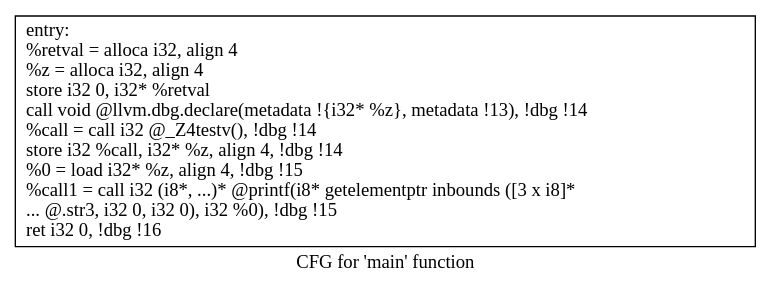
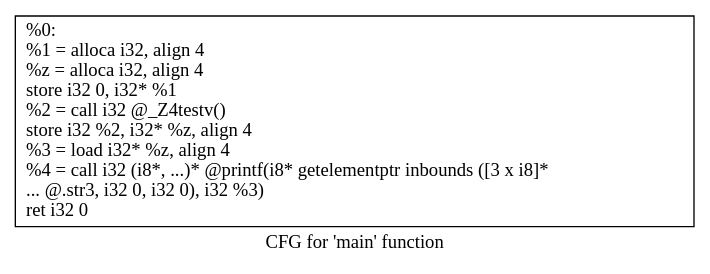
The diagram in Work/Pass/Part 2/cfg.main.dot (ddr2108/CS6241-Array_Bounding), drawn with Graphviz before and after one commit. The commit also changed 2 other files, not shown here.

```diff
--- a/Work/Pass/Part 2/cfg.main.dot
+++ b/Work/Pass/Part 2/cfg.main.dot
@@ -1,5 +1,5 @@
 digraph "CFG for 'main' function" {
 	label="CFG for 'main' function";
 
-	Node0x33619f0 [shape=record,label="{entry:\l  %retval = alloca i32, align 4\l  %z = alloca i32, align 4\l  store i32 0, i32* %retval\l  call void @llvm.dbg.declare(metadata !\{i32* %z\}, metadata !13), !dbg !14\l  %call = call i32 @_Z4testv(), !dbg !14\l  store i32 %call, i32* %z, align 4, !dbg !14\l  %0 = load i32* %z, align 4, !dbg !15\l  %call1 = call i32 (i8*, ...)* @printf(i8* getelementptr inbounds ([3 x i8]*\l... @.str3, i32 0, i32 0), i32 %0), !dbg !15\l  ret i32 0, !dbg !16\l}"];
+	Node0x9a356c0 [shape=record,label="{%0:\l  %1 = alloca i32, align 4\l  %z = alloca i32, align 4\l  store i32 0, i32* %1\l  %2 = call i32 @_Z4testv()\l  store i32 %2, i32* %z, align 4\l  %3 = load i32* %z, align 4\l  %4 = call i32 (i8*, ...)* @printf(i8* getelementptr inbounds ([3 x i8]*\l... @.str3, i32 0, i32 0), i32 %3)\l  ret i32 0\l}"];
 }
```
